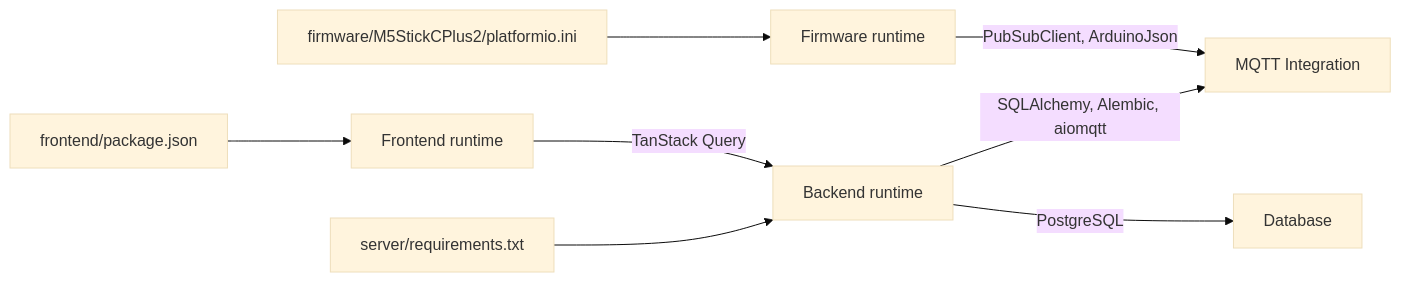
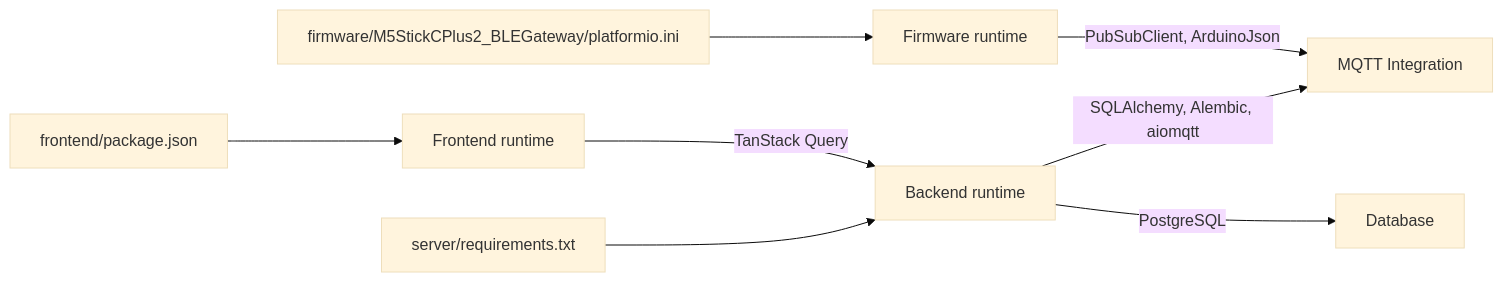
One commit to NnopponS/WheelSense_Project changed the seventh of 7 diagrams in docs/wiki/Project Overview/Technology Stack.md. Above: the diagram before and after it, drawn with Mermaid (base theme). The commit also changed other lines of this file and 1404 other files, not shown here.

````diff
--- a/docs/wiki/Project Overview/Technology Stack.md
+++ b/docs/wiki/Project Overview/Technology Stack.md
@@ -305,10 +305,10 @@
 ```mermaid
 graph LR
 R["server/requirements.txt"] --> B["Backend runtime"]
 P["frontend/package.json"] --> F["Frontend runtime"]
-PIO["firmware/M5StickCPlus2/platformio.ini"] --> FW["Firmware runtime"]
+PIO["firmware/M5StickCPlus2_BLEGateway/platformio.ini"] --> FW["Firmware runtime"]
 B --> |"SQLAlchemy, Alembic, aiomqtt"| MQ["MQTT Integration"]
 B --> |"PostgreSQL"| DB["Database"]
 F --> |"TanStack Query"| B
 FW --> |"PubSubClient, ArduinoJson"| MQ
 ```
````
